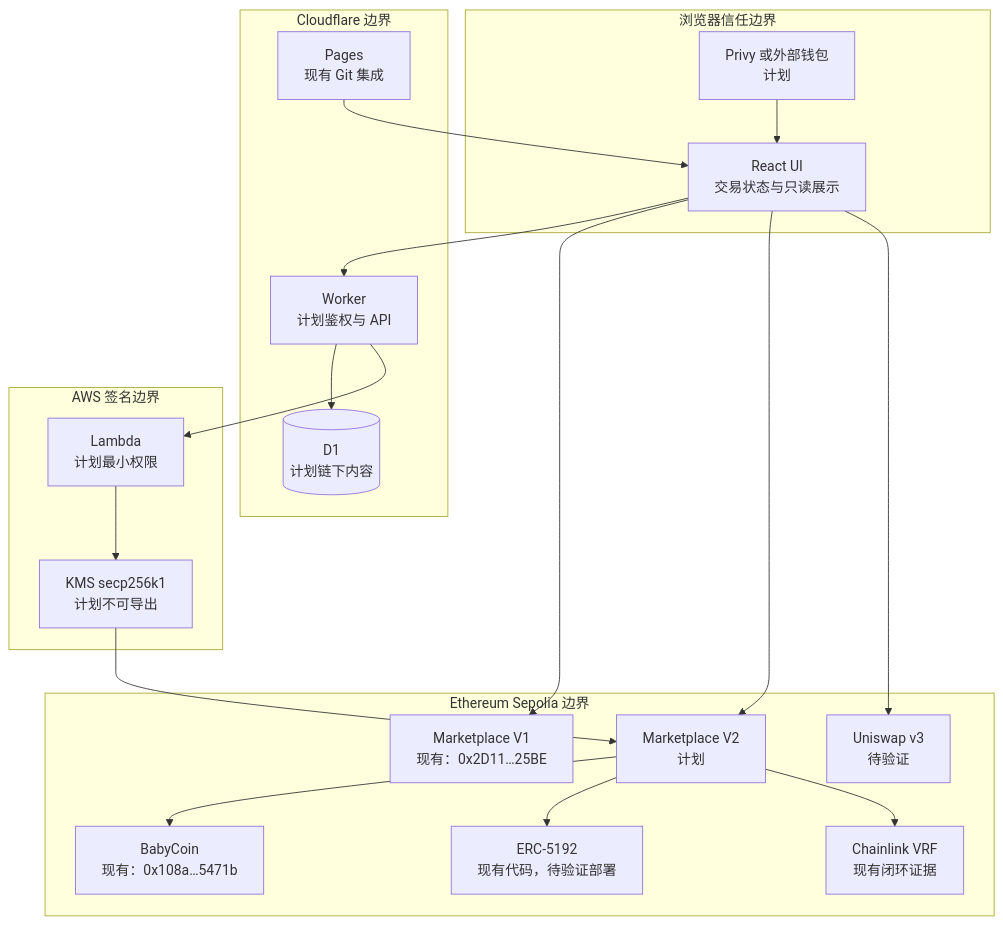
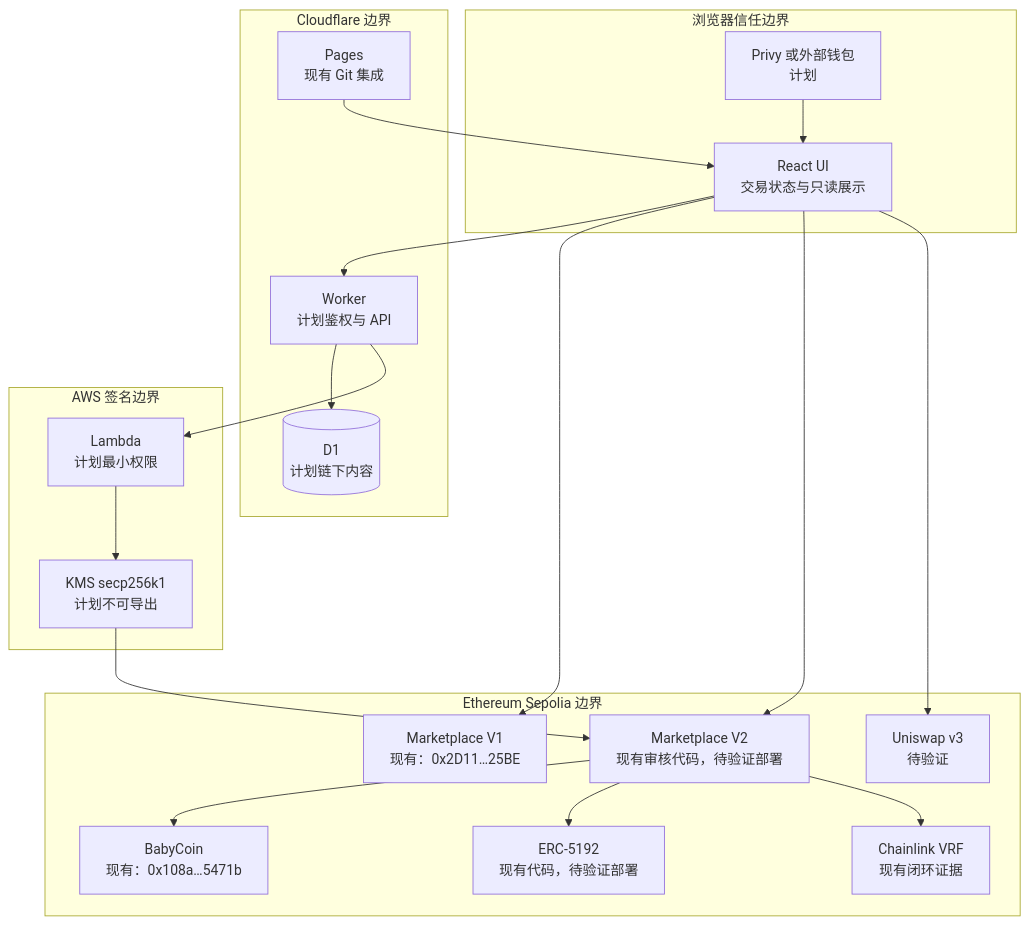
Before and after one commit to Tiancheng-Xu/babysteps: the second of 4 diagrams in docs/architecture/starbuddy-web3-architecture.mmd, drawn with Mermaid. The commit also changed other lines of this file and 4 other files, not shown here.

````diff
--- a/docs/architecture/starbuddy-web3-architecture.mmd
+++ b/docs/architecture/starbuddy-web3-architecture.mmd
@@ -33,35 +33,35 @@
 ```mermaid
 flowchart TB
     subgraph browser["浏览器信任边界"]
         ui["React UI<br/>交易状态与只读展示"]
         wallet["Privy 或外部钱包<br/>计划"]
     end
     subgraph cloudflare["Cloudflare 边界"]
         pages["Pages<br/>现有 Git 集成"]
         worker2["Worker<br/>计划鉴权与 API"]
         d12[("D1<br/>计划链下内容")]
     end
     subgraph ethereum["Ethereum Sepolia 边界"]
         baby["BabyCoin<br/>现有：0x108a…5471b"]
         oldMarket["Marketplace V1<br/>现有：0x2D11…25BE"]
-        newMarket["Marketplace V2<br/>计划"]
+        newMarket["Marketplace V2<br/>现有审核代码，待验证部署"]
         cert["ERC-5192<br/>现有代码，待验证部署"]
         uni["Uniswap v3<br/>待验证"]
         chainlink["Chainlink VRF<br/>现有闭环证据"]
     end
     subgraph aws["AWS 签名边界"]
         relayer["Lambda<br/>计划最小权限"]
         key["KMS secp256k1<br/>计划不可导出"]
     end
 
     pages --> ui
     wallet --> ui
     ui --> worker2 --> d12
     ui --> oldMarket
     ui --> newMarket
     ui --> uni
     newMarket --> baby
     newMarket --> cert
     newMarket --> chainlink
     worker2 --> relayer --> key --> newMarket
 ```
````
